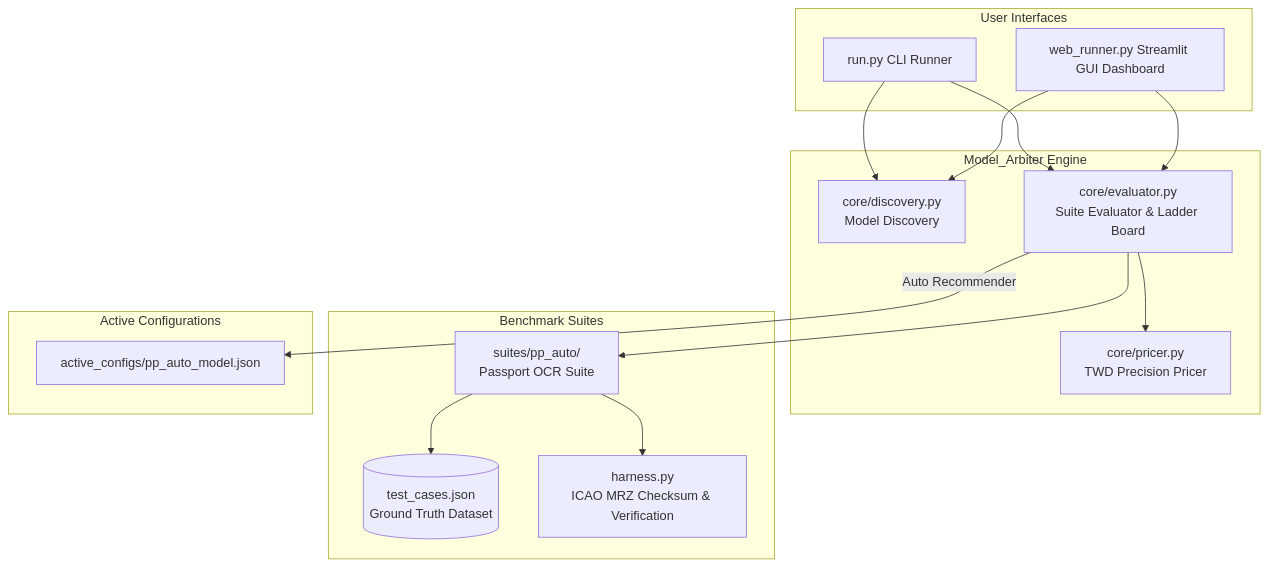
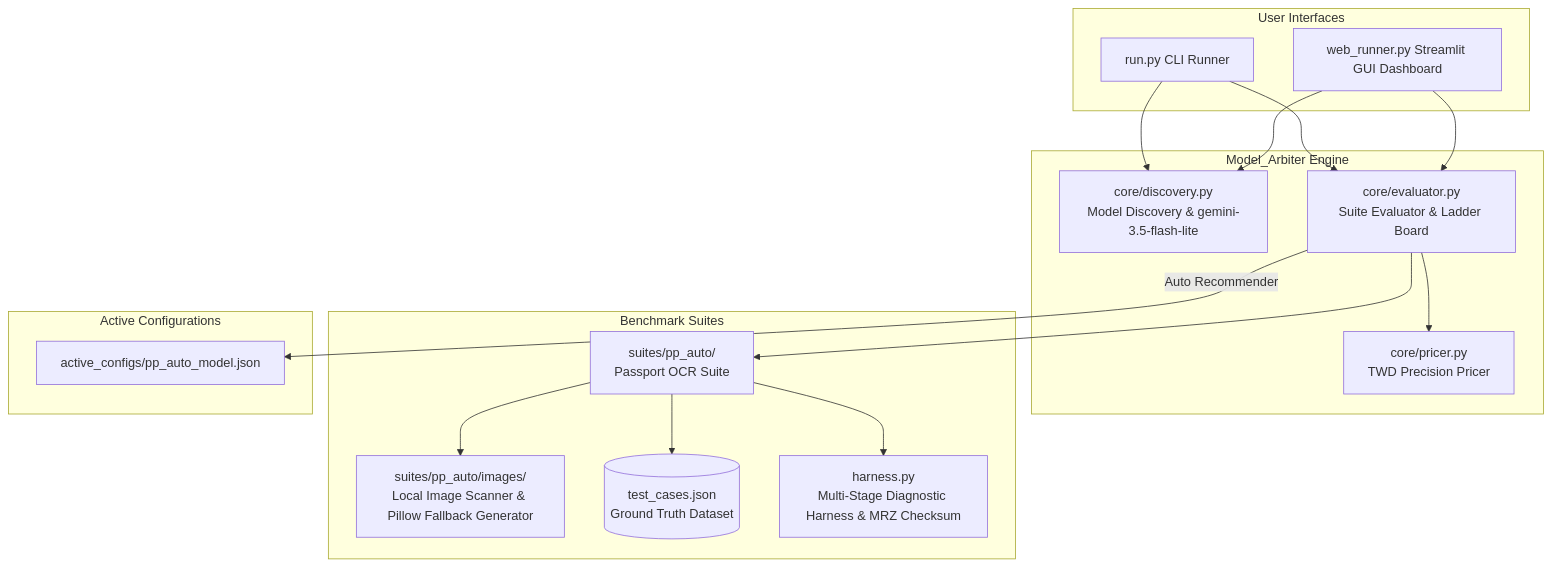
Before and after one commit to voyagermartin/Model_Arbiter: the diagram in HANDBOOK.md, drawn with Mermaid. The commit also changed other lines of this file and 6 other files, not shown here.

Commit message:
feat: upgrade test experience with image upload, path hint, fallback generator, diagnostic tracing, and gemini-3.5-flash-lite

````diff
--- a/HANDBOOK.md
+++ b/HANDBOOK.md
@@ -19,33 +19,35 @@
 ```mermaid
 flowchart TD
     subgraph UserInterface [User Interfaces]
         CLI[run.py CLI Runner]
         WEB[web_runner.py Streamlit GUI Dashboard]
     end
 
     subgraph CoreEngine [Model_Arbiter Engine]
-        DISC[core/discovery.py\nModel Discovery]
+        DISC[core/discovery.py\nModel Discovery & gemini-3.5-flash-lite]
         PRICER[core/pricer.py\nTWD Precision Pricer]
         EVAL[core/evaluator.py\nSuite Evaluator & Ladder Board]
     end
 
     subgraph BenchmarkSuites [Benchmark Suites]
         PP[suites/pp_auto/\nPassport OCR Suite]
+        IMG[suites/pp_auto/images/\nLocal Image Scanner & Pillow Fallback Generator]
         GT[(test_cases.json\nGround Truth Dataset)]
-        HARNESS[harness.py\nICAO MRZ Checksum & Verification]
+        HARNESS[harness.py\nMulti-Stage Diagnostic Harness & MRZ Checksum]
     end
 
     subgraph OutputConfig [Active Configurations]
         CFG[active_configs/pp_auto_model.json]
     end
 
     CLI --> DISC
     CLI --> EVAL
     WEB --> DISC
     WEB --> EVAL
     EVAL --> PP
+    PP --> IMG
     PP --> GT
     PP --> HARNESS
     EVAL --> PRICER
     EVAL -->|Auto Recommender| CFG
 ```
````
